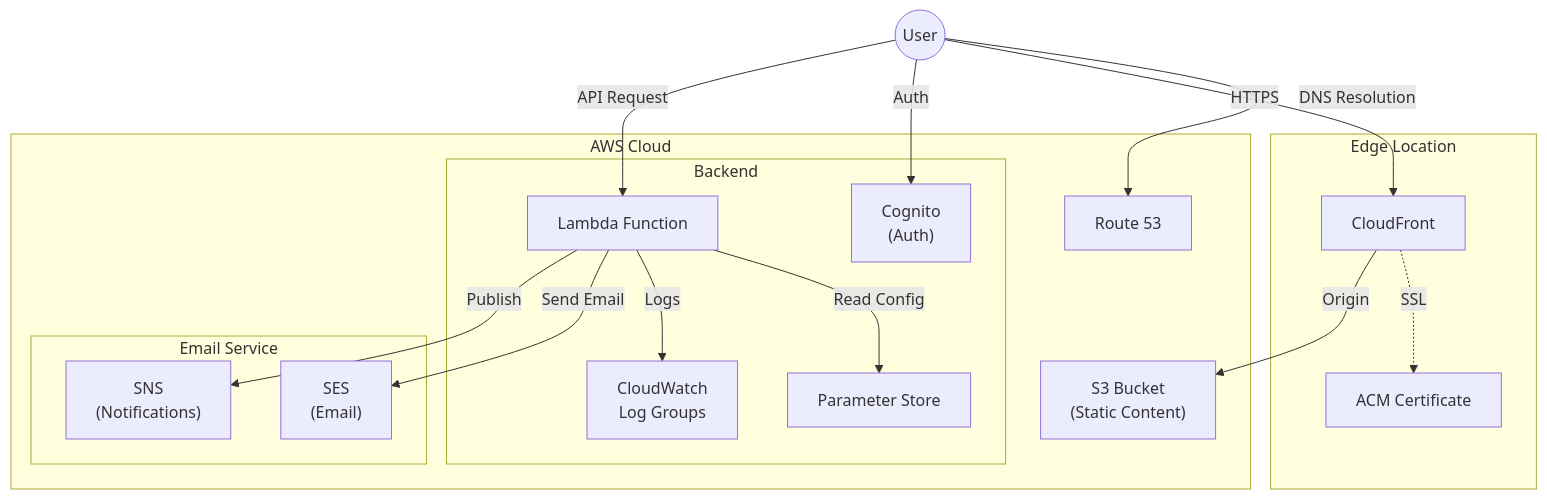
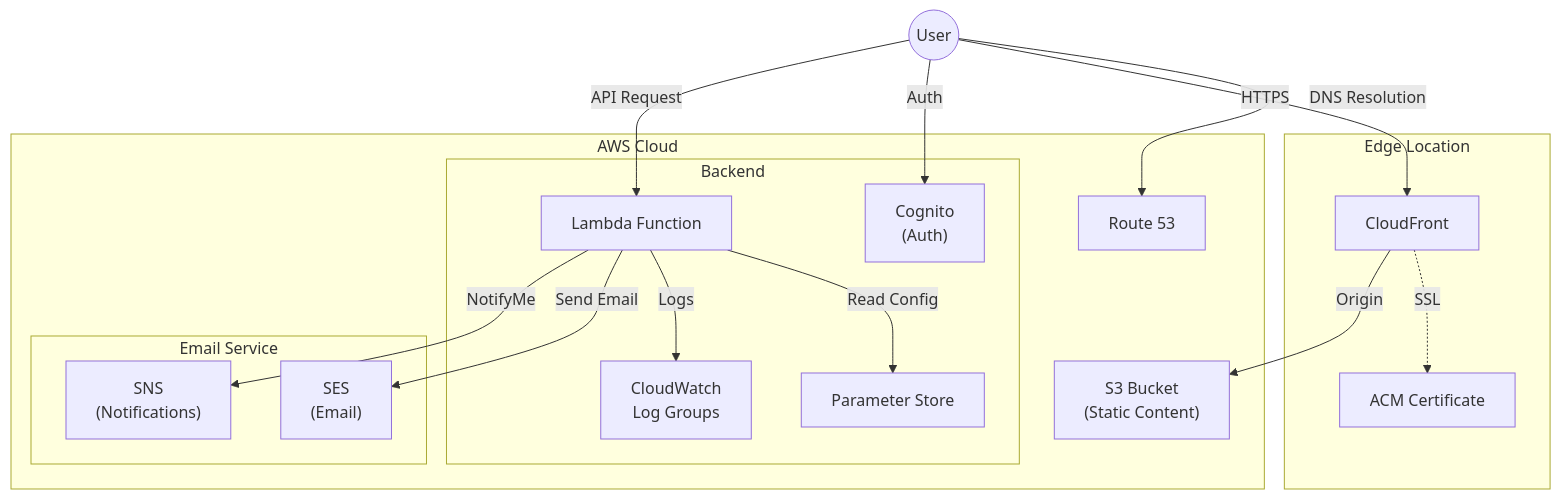
Before and after one commit to sweluhu/jeluhu-s3-static-w3: the diagram in README.md, drawn with Mermaid. The commit also changed other lines of this file and 3 other files, not shown here.

````diff
--- a/README.md
+++ b/README.md
@@ -11,42 +11,42 @@
 ```mermaid
 ---
 id: 9c78e184-10ba-49e8-b4b6-b8173dfcce98
 ---
 graph TD
     User((User))
     
     subgraph "Edge Location"
         CF[CloudFront]
         ACM[ACM Certificate]
     end
     
     subgraph "AWS Cloud"
         R53[Route 53]
         S3["S3 Bucket<br/>(Static Content)"]
         
         subgraph "Backend"
             Cognito["Cognito<br/>(Auth)"]
             Lambda[Lambda Function]
             SSM[Parameter Store]
             CW["CloudWatch<br/>Log Groups"]
         end
         
         subgraph "Email Service"
             SES["SES<br/>(Email)"]
             SNS["SNS<br/>(Notifications)"]
         end
     end
 
     User -->|DNS Resolution| R53
     User -->|HTTPS| CF
     CF -.->|SSL| ACM
     CF -->|Origin| S3
     
     User -->|Auth| Cognito
     User -->|API Request| Lambda
     
     Lambda -->|Read Config| SSM
     Lambda -->|Logs| CW
     Lambda -->|Send Email| SES
-    Lambda -->|Publish| SNS
+    Lambda -->|NotifyMe| SNS
 ```
````
